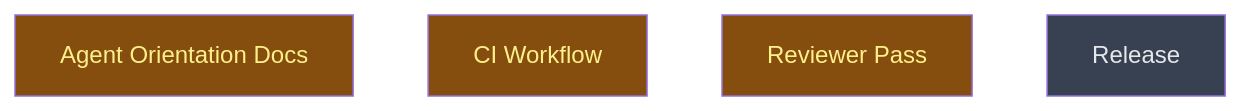
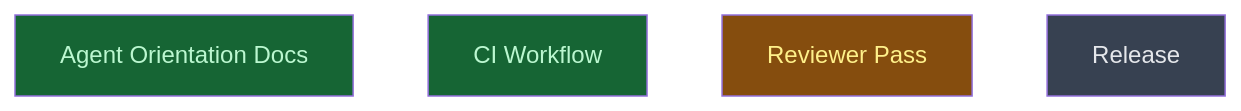
The diagram in __roadmap__/repo_health/integrate/README.md (CrackingShells/colgrep-mcp), drawn with Mermaid before and after one commit. The commit also changed other lines of this file, not shown here.

Commit message:
docs(roadmap): mark agent_docs and ci_workflow done

````diff
--- a/__roadmap__/repo_health/integrate/README.md
+++ b/__roadmap__/repo_health/integrate/README.md
@@ -19,12 +19,12 @@
 ```mermaid
 graph TD
-    agent_docs[Agent Orientation Docs]:::inprogress
-    ci_workflow[CI Workflow]:::inprogress
+    agent_docs[Agent Orientation Docs]:::done
+    ci_workflow[CI Workflow]:::done
     review[Reviewer Pass]:::inprogress
     release[Release]:::planned
     classDef done       fill:#166534,color:#bbf7d0
     classDef inprogress fill:#854d0e,color:#fef08a
     classDef planned    fill:#374151,color:#e5e7eb
     classDef amendment  fill:#1e3a5f,color:#bfdbfe
     classDef blocked    fill:#7f1d1d,color:#fecaca
 ```
````
